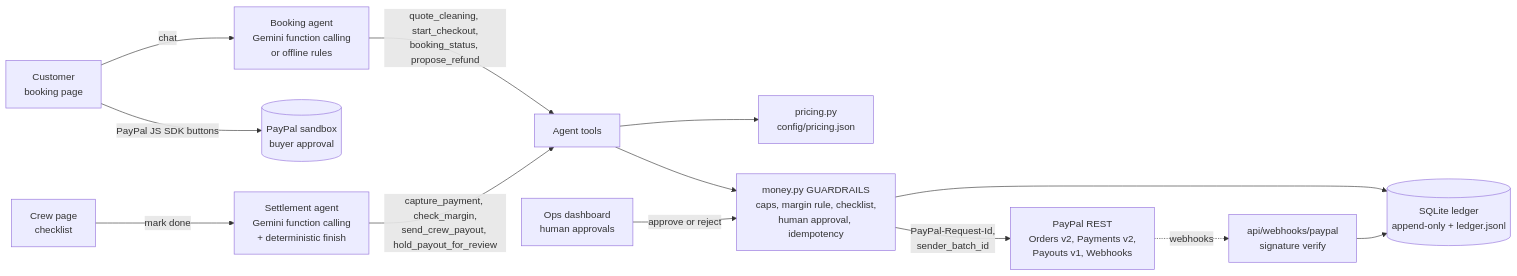
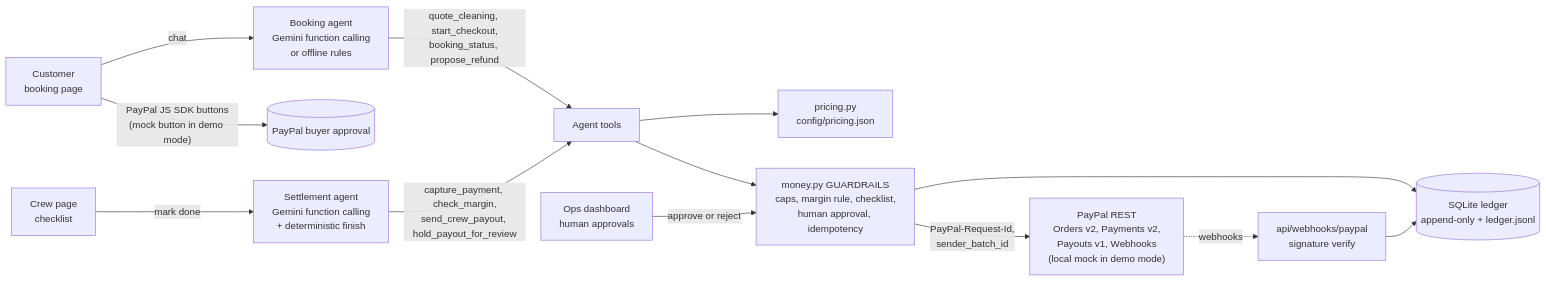
One commit to landonking0808/wrenly-agent-checkout changed the diagram in README.md. Above: the diagram before and after it, drawn with Mermaid. The commit also changed other lines of this file and 9 other files, not shown here.

````diff
--- a/README.md
+++ b/README.md
@@ -52,15 +59,15 @@
 ```mermaid
 flowchart LR
     C["Customer<br/>booking page"] -->|"chat"| BA["Booking agent<br/>Gemini function calling<br/>or offline rules"]
-    C -->|"PayPal JS SDK buttons"| PPB[("PayPal sandbox<br/>buyer approval")]
+    C -->|"PayPal JS SDK buttons<br/>(mock button in demo mode)"| PPB[("PayPal buyer approval")]
     CR["Crew page<br/>checklist"] -->|"mark done"| SA["Settlement agent<br/>Gemini function calling<br/>+ deterministic finish"]
     BA -->|"quote_cleaning, start_checkout,<br/>booking_status, propose_refund"| T["Agent tools"]
     SA -->|"capture_payment, check_margin,<br/>send_crew_payout, hold_payout_for_review"| T
     T --> P["pricing.py<br/>config/pricing.json"]
     T --> M["money.py GUARDRAILS<br/>caps, margin rule, checklist,<br/>human approval, idempotency"]
     OPS["Ops dashboard<br/>human approvals"] -->|"approve or reject"| M
-    M -->|"PayPal-Request-Id,<br/>sender_batch_id"| PP["PayPal REST<br/>Orders v2, Payments v2,<br/>Payouts v1, Webhooks"]
+    M -->|"PayPal-Request-Id,<br/>sender_batch_id"| PP["PayPal REST<br/>Orders v2, Payments v2,<br/>Payouts v1, Webhooks<br/>(local mock in demo mode)"]
     M --> L[("SQLite ledger<br/>append-only + ledger.jsonl")]
     PP -.->|"webhooks"| W["api/webhooks/paypal<br/>signature verify"]
     W --> L
 ```
````
